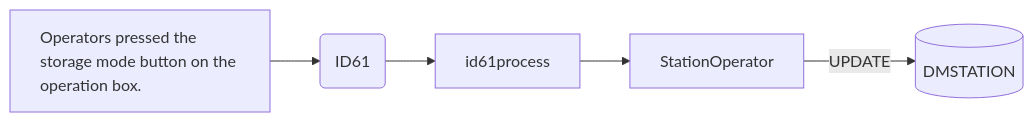
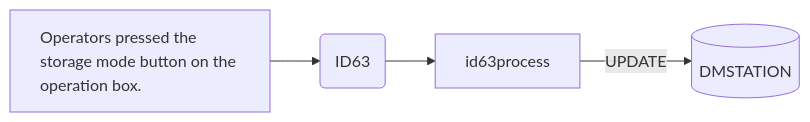
The first of 21 diagrams in Basic-Design/DFD-WMS/Storage/Unplanned-Storage/Unplanned-Storage-from-HP.md (luthfiadityaa/SimeDarby-Wiki), drawn with Mermaid before and after one commit. The commit also changed other lines of this file, not shown here.

Commit message:
Updated Unplanned Storage from HP

```diff
--- a/Basic-Design/DFD-WMS/Storage/Unplanned-Storage/Unplanned-Storage-from-HP.md
+++ b/Basic-Design/DFD-WMS/Storage/Unplanned-Storage/Unplanned-Storage-from-HP.md
@@ -52,21 +52,18 @@
 ::: mermaid
 flowchart LR
     input[
         Operators pressed the storage mode button on the operation box.      
     ]
 
     id61msg("
-     ID61
+     ID63
     ")
     tableList-update[("
         DMSTATION
     ")]
 
-
-    className[StationOperator]
-
-    input -->id61msg-->id61process--> className --> |UPDATE| tableList-update
+    input -->id61msg-->id63process--> |UPDATE| tableList-update
 
     classDef leftAlign text-align:left;
     class input leftAlign;
 :::
```
